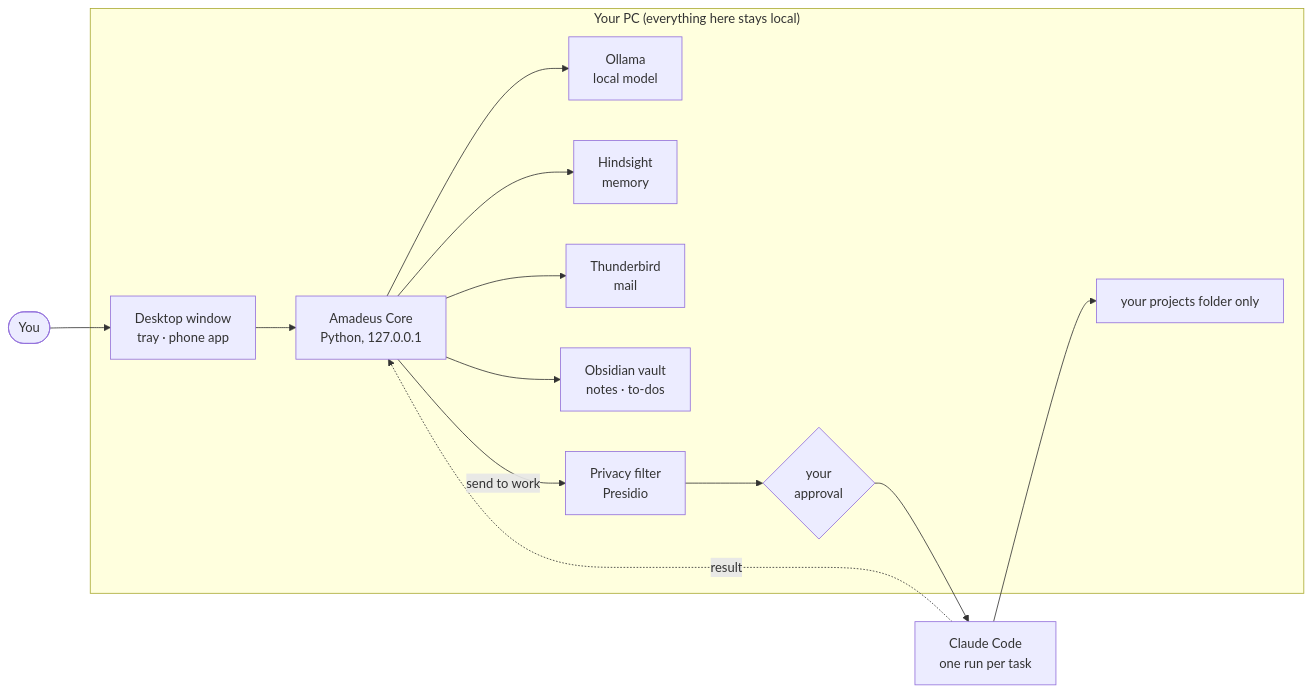
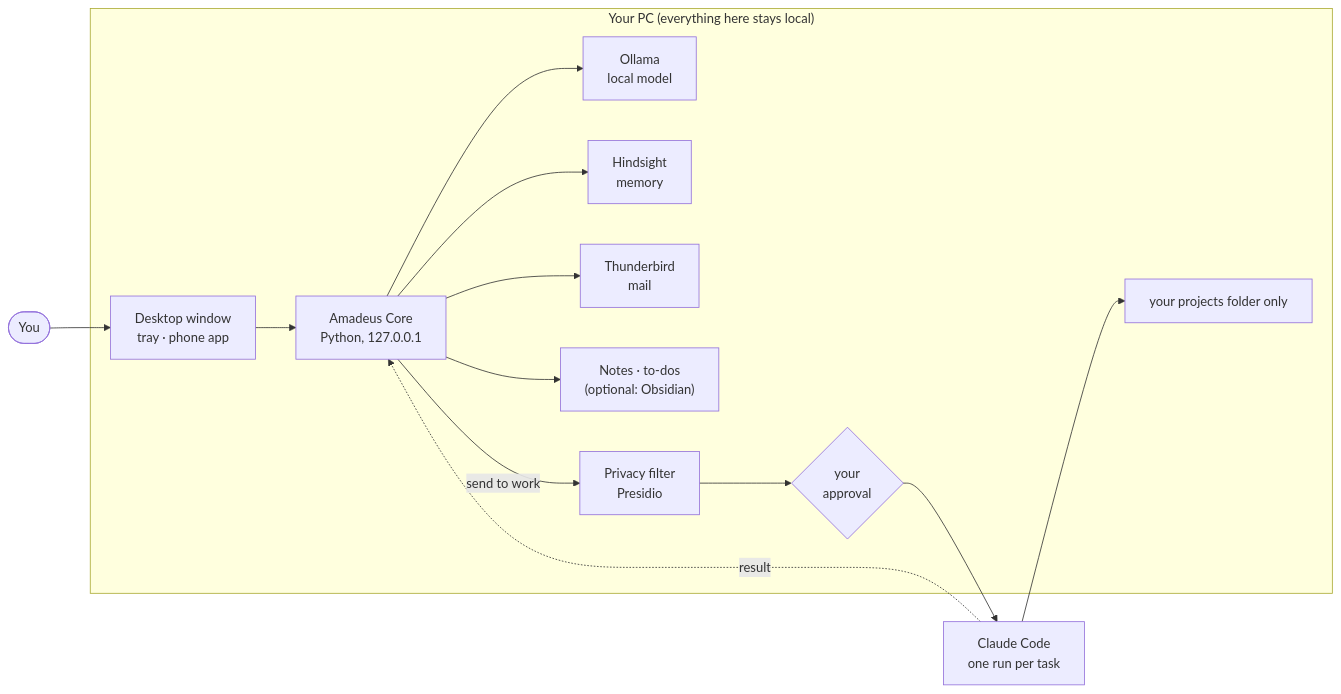
One commit to IAbrahamI/Amadeus changed the diagram in README.md. Above: the diagram before and after it, drawn with Mermaid. The commit also changed other lines of this file and 14 other files, not shown here.

Commit message:
Obsidian is now an optional connector: a fresh install keeps to-dos and notes in Amadeus' own folder

````diff
--- a/README.md
+++ b/README.md
@@ -59,26 +59,26 @@
 ```mermaid
 flowchart LR
     you([You]) --> ui["Desktop window<br/>tray · phone app"]
     ui --> core["Amadeus Core<br/>Python, 127.0.0.1"]
     core --> llm["Ollama<br/>local model"]
     core --> mem["Hindsight<br/>memory"]
     core --> tb["Thunderbird<br/>mail"]
-    core --> vault["Obsidian vault<br/>notes · to-dos"]
+    core --> vault["Notes · to-dos<br/>(optional: Obsidian)"]
     core -- "send to work" --> filter["Privacy filter<br/>Presidio"]
     filter --> ok{"your<br/>approval"}
     ok --> cc["Claude Code<br/>one run per task"]
     cc --> projects["your projects folder only"]
     cc -. result .-> core
 
     subgraph pc ["Your PC (everything here stays local)"]
       ui
       core
       llm
       mem
       tb
       vault
       filter
       ok
       projects
     end
 ```
````
